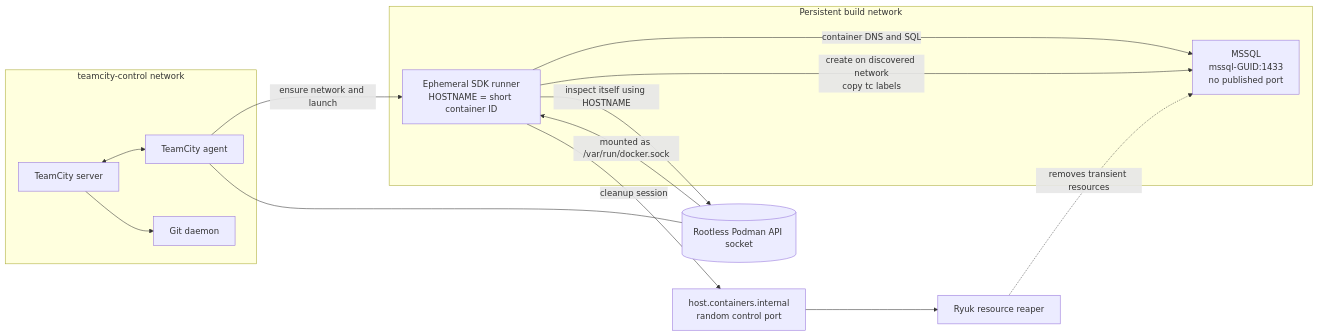
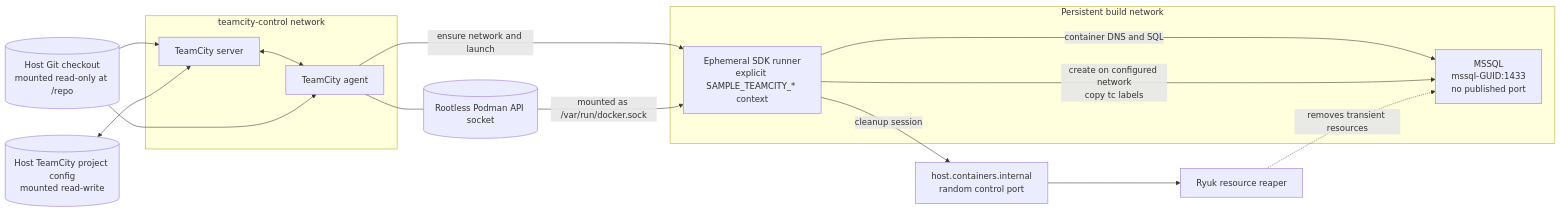
Before and after one commit to maciejw/teamcity-podman-sample: the second of 2 diagrams in ARCHITECTURE.md, drawn with Mermaid. The commit also changed other lines of this file and 12 other files, not shown here.

Commit message:
Simplify TeamCity Compose setup

````diff
--- a/ARCHITECTURE.md
+++ b/ARCHITECTURE.md
@@ -41,30 +41,34 @@
 ```mermaid
 flowchart LR
     subgraph control[teamcity-control network]
         server[TeamCity server]
         agent[TeamCity agent]
-        git[Git daemon]
         server <--> agent
-        server --> git
     end
+
+    repo[(Host Git checkout<br/>mounted read-only at /repo)]
+    repo --> server
+    repo --> agent
+
+    config[(Host TeamCity project config<br/>mounted read-write)]
+    config <--> server
 
     socket[(Rootless Podman API socket)]
 
     subgraph build[Persistent build network]
-        runner[Ephemeral SDK runner<br/>HOSTNAME = short container ID]
+        runner[Ephemeral SDK runner<br/>explicit SAMPLE_TEAMCITY_* context]
         sql[MSSQL<br/>mssql-GUID:1433<br/>no published port]
         runner -->|container DNS and SQL| sql
     end
 
     ryuk[Ryuk resource reaper]
     hostOverride[host.containers.internal<br/>random control port]
 
     agent -->|ensure network and launch| runner
     agent --- socket
     socket -->|mounted as /var/run/docker.sock| runner
-    runner -->|inspect itself using HOSTNAME| socket
-    runner -->|create on discovered network<br/>copy tc labels| sql
+    runner -->|create on configured network<br/>copy tc labels| sql
     runner -->|cleanup session| hostOverride
     hostOverride --> ryuk
     ryuk -.->|removes transient resources| sql
 ```
````
